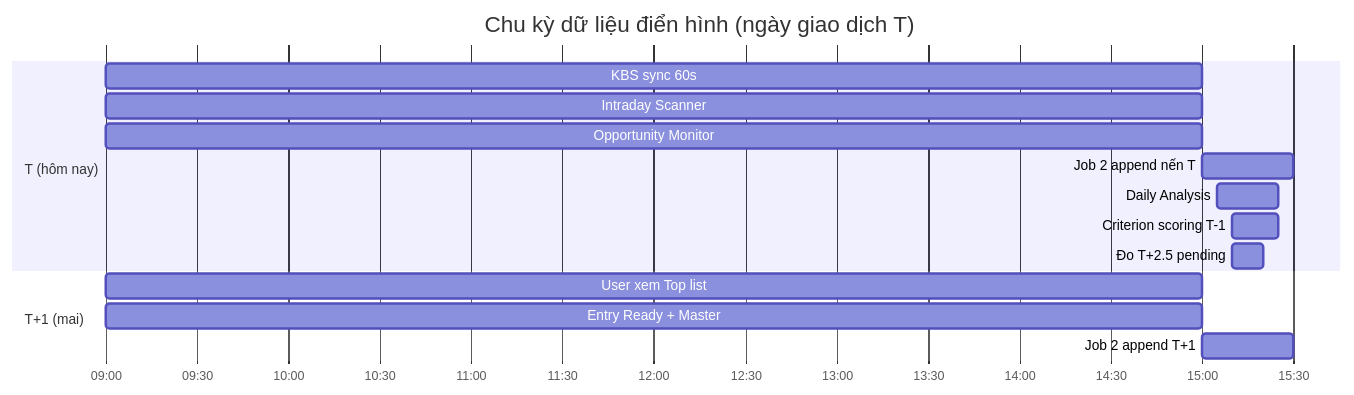
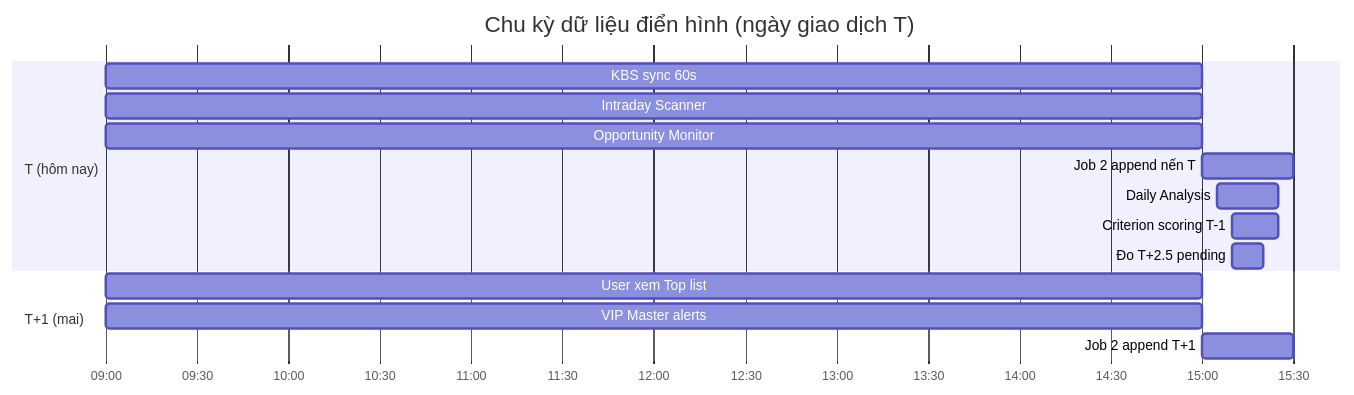
The second of 8 diagrams in docs/architecture.md (Benjamincntt/StockRadar), drawn with Mermaid before and after one commit. The commit also changed other lines of this file and 19 other files, not shown here.

````diff
--- a/docs/architecture.md
+++ b/docs/architecture.md
@@ -73,20 +79,20 @@
 ```mermaid
 gantt
     title Chu kỳ dữ liệu điển hình (ngày giao dịch T)
     dateFormat HH:mm
     axisFormat %H:%M
 
     section T (hôm nay)
     KBS sync 60s           :09:00, 6h
     Intraday Scanner       :09:00, 6h
     Opportunity Monitor    :09:00, 6h
     Job 2 append nến T     :15:00, 30m
     Daily Analysis         :15:05, 20m
     Criterion scoring T-1  :15:10, 15m
     Đo T+2.5 pending       :15:10, 10m
 
     section T+1 (mai)
     User xem Top list      :09:00, 6h
-    Entry Ready + Master   :09:00, 6h
+    VIP Master alerts      :09:00, 6h
     Job 2 append T+1       :15:00, 30m
 ```
````
